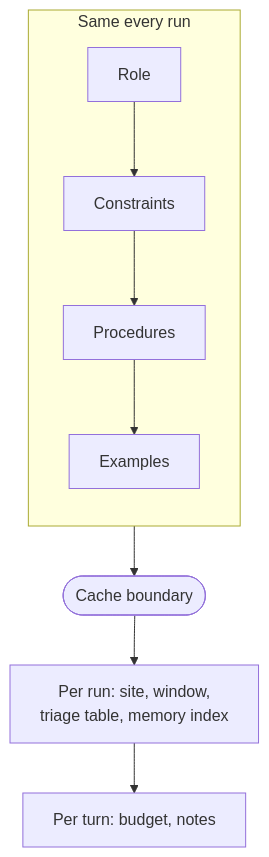
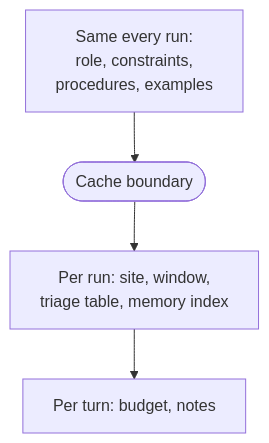
The diagram in diagrams/src/system-prompt-assembly.mmd (joshxinjie/agentic-harness-notes), drawn with Mermaid before and after one commit. The commit also changed 6 other files, not shown here.

```diff
--- a/diagrams/src/system-prompt-assembly.mmd
+++ b/diagrams/src/system-prompt-assembly.mmd
@@ -1,8 +1,6 @@
 flowchart TD
-    subgraph ST["Same every run"]
-        direction TB
-        R["Role"] --> C["Constraints"] --> P["Procedures"] --> X["Examples"]
-    end
-    ST --> B(["Cache boundary"])
-    B --> RUN["Per run: site, window,<br>triage table, memory index"]
-    RUN --> T["Per turn: budget, notes"]
+    ST["Same every run:<br>role, constraints,<br>procedures, examples"]
+    B(["Cache boundary"])
+    RUN["Per run: site, window,<br>triage table, memory index"]
+    T["Per turn: budget, notes"]
+    ST --> B --> RUN --> T
```
